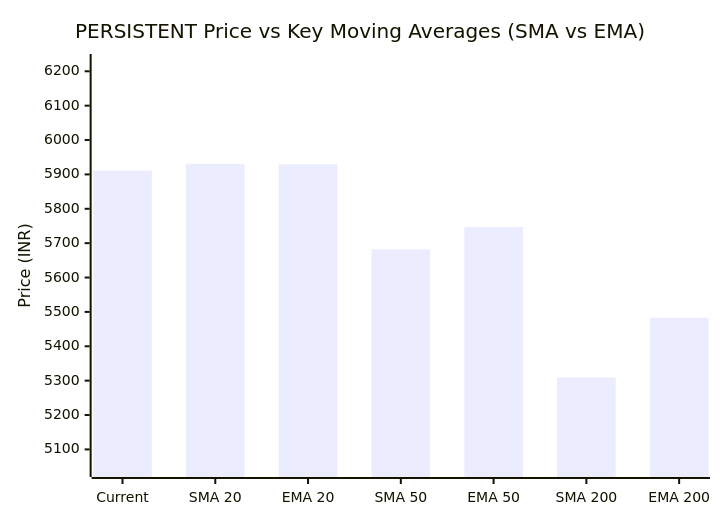
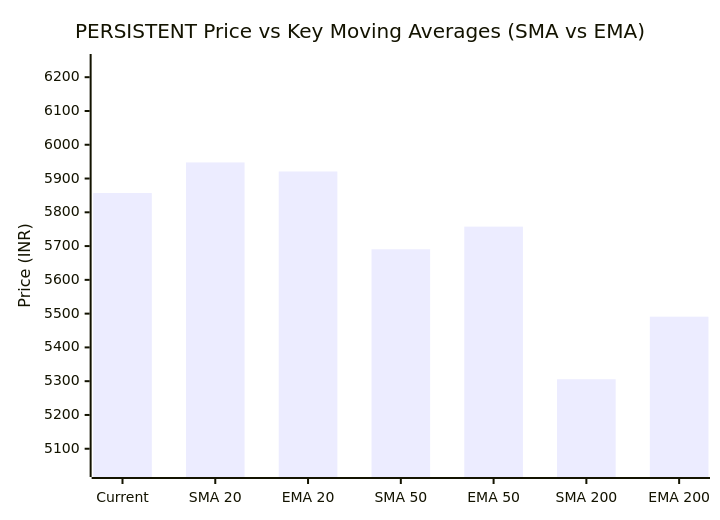
Before and after one commit to purnareddy9/dev: the third of 3 diagrams in market-intelligence/stocks/PERSISTENT/README.md, drawn with Mermaid. The commit also changed other lines of this file and 4 other files, not shown here.

````diff
--- a/market-intelligence/stocks/PERSISTENT/README.md
+++ b/market-intelligence/stocks/PERSISTENT/README.md
@@ -104,7 +104,7 @@
 ```mermaid
 xychart-beta
     title "PERSISTENT Price vs Key Moving Averages (SMA vs EMA)"
     x-axis ["Current", "SMA 20", "EMA 20", "SMA 50", "EMA 50", "SMA 200", "EMA 200"]
-    y-axis "Price (INR)" 5043 --> 6227
-    bar [5911.0, 5930.85, 5929.29, 5682.15, 5747.12, 5309.26, 5483.05]
+    y-axis "Price (INR)" 5040 --> 6245
+    bar [5857.0, 5947.7, 5920.83, 5690.57, 5757.6, 5305.72, 5490.98]
 ```
````
